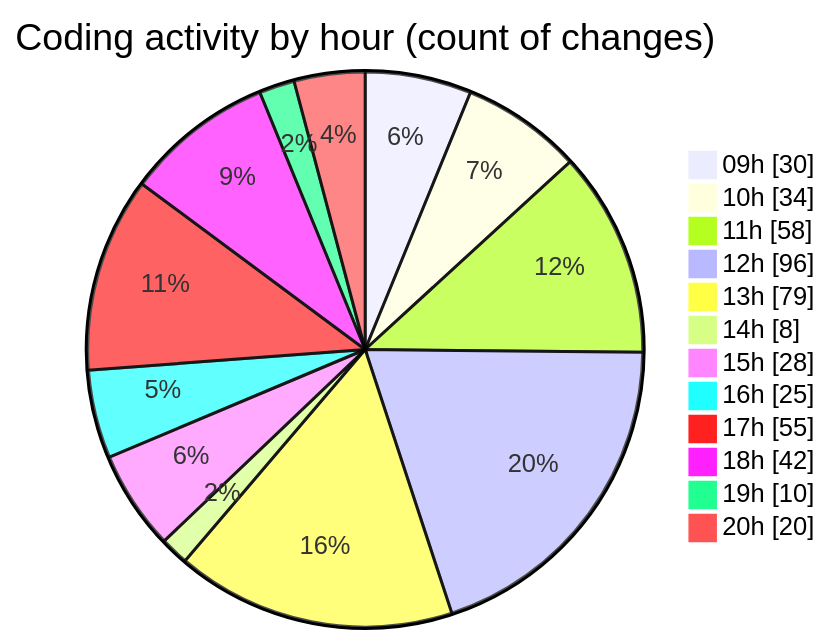
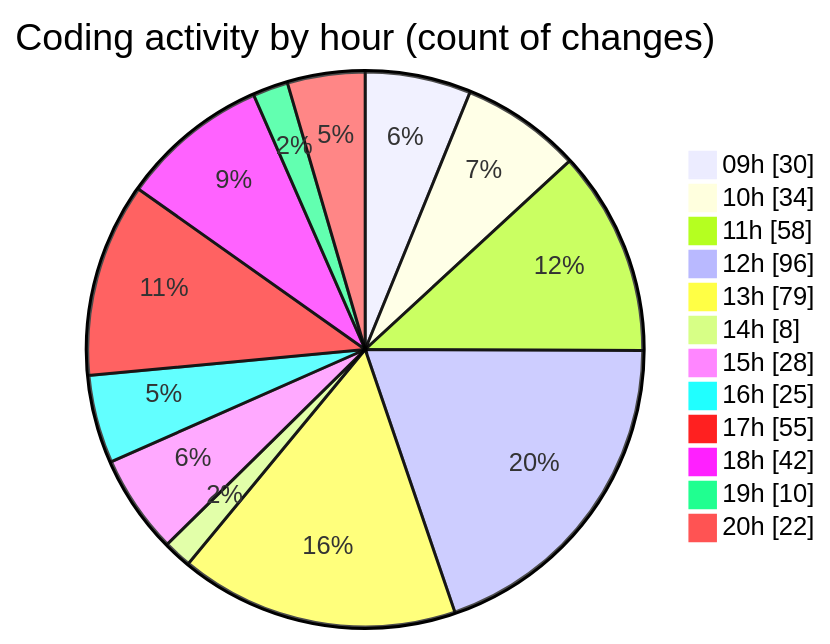
The second of 2 diagrams in 2025-04-02/cda/README.md (momahboobian/code-tracking), drawn with Mermaid before and after one commit. The commit also changed other lines of this file and 1 other file, not shown here.

````diff
--- a/2025-04-02/cda/README.md
+++ b/2025-04-02/cda/README.md
@@ -40,16 +40,16 @@
 ```mermaid
 pie showData
 title Coding activity by hour (count of changes)
 "09h" : 30
 "10h" : 34
 "11h" : 58
 "12h" : 96
 "13h" : 79
 "14h" : 8
 "15h" : 28
 "16h" : 25
 "17h" : 55
 "18h" : 42
 "19h" : 10
-"20h" : 20
+"20h" : 22
 ```
````
